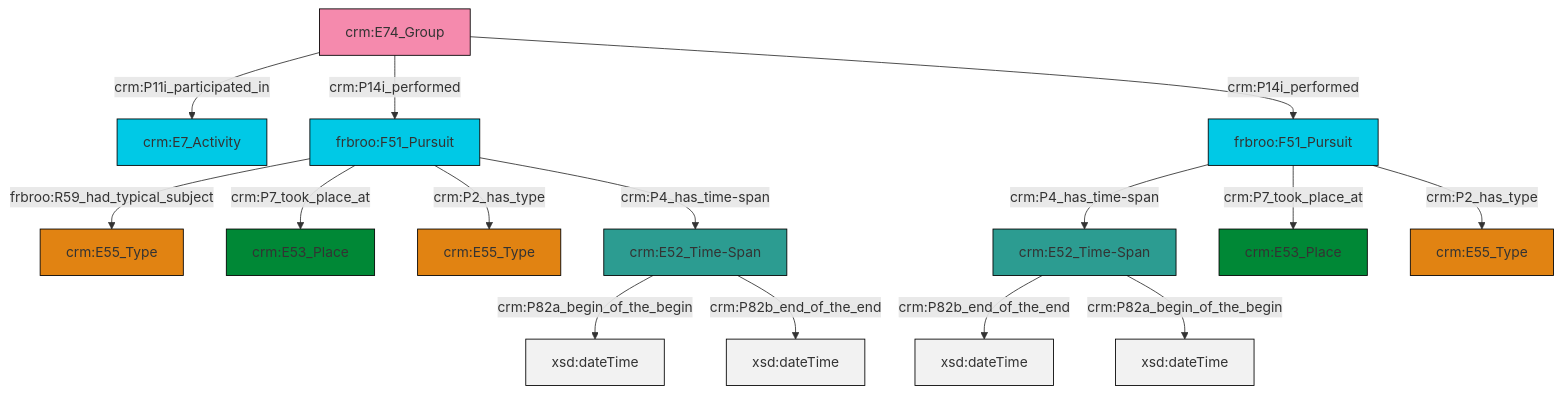
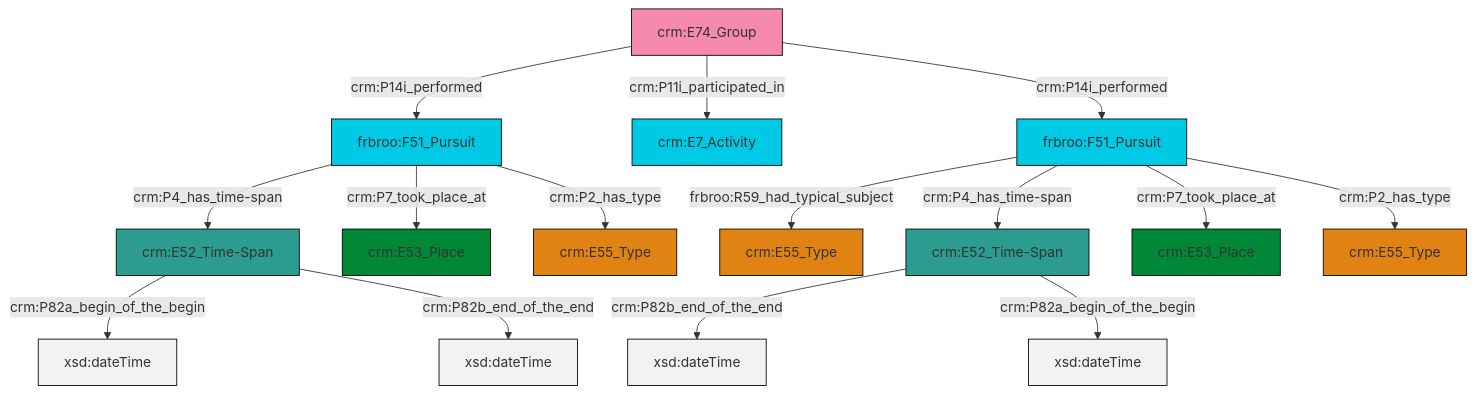
One commit to swiss-art-research-net/reference-data-models changed the diagram in et/groupCSV/ttl/mmd/group_events.ttl.mmd. Above: the diagram before and after it, drawn with Mermaid. The commit also changed 129 other files, not shown here.

```diff
--- a/et/groupCSV/ttl/mmd/group_events.ttl.mmd
+++ b/et/groupCSV/ttl/mmd/group_events.ttl.mmd
@@ -1,29 +1,29 @@
 graph TD
 classDef Literal fill:#f2f2f2,stroke:#000000;
 classDef CRM_Entity fill:#FFFFFF,stroke:#000000;
 classDef Temporal_Entity fill:#00C9E6, stroke:#000000;
 classDef Type fill:#E18312, stroke:#000000;
 classDef Time-Span fill:#2C9C91, stroke:#000000;
 classDef Appellation fill:#FFEB7F, stroke:#000000;
 classDef Place fill:#008836, stroke:#000000;
 classDef Persistent_Item fill:#B266B2, stroke:#000000;
 classDef Conceptual_Object fill:#FFD700, stroke:#000000;
 classDef Physical_Thing fill:#D2B48C, stroke:#000000;
 classDef Actor fill:#f58aad, stroke:#000000;
 classDef PC_Classes fill:#4ce600, stroke:#000000;
 classDef Multi fill:#cccccc,stroke:#000000;
 
-2["frbroo:F51_Pursuit"]:::Temporal_Entity -->|crm:P4_has_time-span| 3["crm:E52_Time-Span"]:::Time-Span
-4["crm:E52_Time-Span"]:::Time-Span -->|crm:P82a_begin_of_the_begin| 5[xsd:dateTime]:::Literal
-2["frbroo:F51_Pursuit"]:::Temporal_Entity -->|crm:P7_took_place_at| 7["crm:E53_Place"]:::Place
-8["crm:E74_Group"]:::Actor -->|crm:P11i_participated_in| 9["crm:E7_Activity"]:::Temporal_Entity
-8["crm:E74_Group"]:::Actor -->|crm:P14i_performed| 10["frbroo:F51_Pursuit"]:::Temporal_Entity
-10["frbroo:F51_Pursuit"]:::Temporal_Entity -->|frbroo:R59_had_typical_subject| 11["crm:E55_Type"]:::Type
-3["crm:E52_Time-Span"]:::Time-Span -->|crm:P82b_end_of_the_end| 12[xsd:dateTime]:::Literal
-10["frbroo:F51_Pursuit"]:::Temporal_Entity -->|crm:P7_took_place_at| 16["crm:E53_Place"]:::Place
-8["crm:E74_Group"]:::Actor -->|crm:P14i_performed| 2["frbroo:F51_Pursuit"]:::Temporal_Entity
-10["frbroo:F51_Pursuit"]:::Temporal_Entity -->|crm:P2_has_type| 0["crm:E55_Type"]:::Type
-2["frbroo:F51_Pursuit"]:::Temporal_Entity -->|crm:P2_has_type| 14["crm:E55_Type"]:::Type
-3["crm:E52_Time-Span"]:::Time-Span -->|crm:P82a_begin_of_the_begin| 22[xsd:dateTime]:::Literal
-4["crm:E52_Time-Span"]:::Time-Span -->|crm:P82b_end_of_the_end| 24[xsd:dateTime]:::Literal
-10["frbroo:F51_Pursuit"]:::Temporal_Entity -->|crm:P4_has_time-span| 4["crm:E52_Time-Span"]:::Time-Span
+2["frbroo:F51_Pursuit"]:::Temporal_Entity -->|frbroo:R59_had_typical_subject| 3["crm:E55_Type"]:::Type
+4["crm:E74_Group"]:::Actor -->|crm:P14i_performed| 0["frbroo:F51_Pursuit"]:::Temporal_Entity
+2["frbroo:F51_Pursuit"]:::Temporal_Entity -->|crm:P4_has_time-span| 11["crm:E52_Time-Span"]:::Time-Span
+0["frbroo:F51_Pursuit"]:::Temporal_Entity -->|crm:P4_has_time-span| 14["crm:E52_Time-Span"]:::Time-Span
+2["frbroo:F51_Pursuit"]:::Temporal_Entity -->|crm:P7_took_place_at| 5["crm:E53_Place"]:::Place
+0["frbroo:F51_Pursuit"]:::Temporal_Entity -->|crm:P7_took_place_at| 16["crm:E53_Place"]:::Place
+14["crm:E52_Time-Span"]:::Time-Span -->|crm:P82a_begin_of_the_begin| 18[xsd:dateTime]:::Literal
+4["crm:E74_Group"]:::Actor -->|crm:P11i_participated_in| 19["crm:E7_Activity"]:::Temporal_Entity
+11["crm:E52_Time-Span"]:::Time-Span -->|crm:P82b_end_of_the_end| 20[xsd:dateTime]:::Literal
+2["frbroo:F51_Pursuit"]:::Temporal_Entity -->|crm:P2_has_type| 9["crm:E55_Type"]:::Type
+14["crm:E52_Time-Span"]:::Time-Span -->|crm:P82b_end_of_the_end| 23[xsd:dateTime]:::Literal
+4["crm:E74_Group"]:::Actor -->|crm:P14i_performed| 2["frbroo:F51_Pursuit"]:::Temporal_Entity
+0["frbroo:F51_Pursuit"]:::Temporal_Entity -->|crm:P2_has_type| 21["crm:E55_Type"]:::Type
+11["crm:E52_Time-Span"]:::Time-Span -->|crm:P82a_begin_of_the_begin| 27[xsd:dateTime]:::Literal
```
